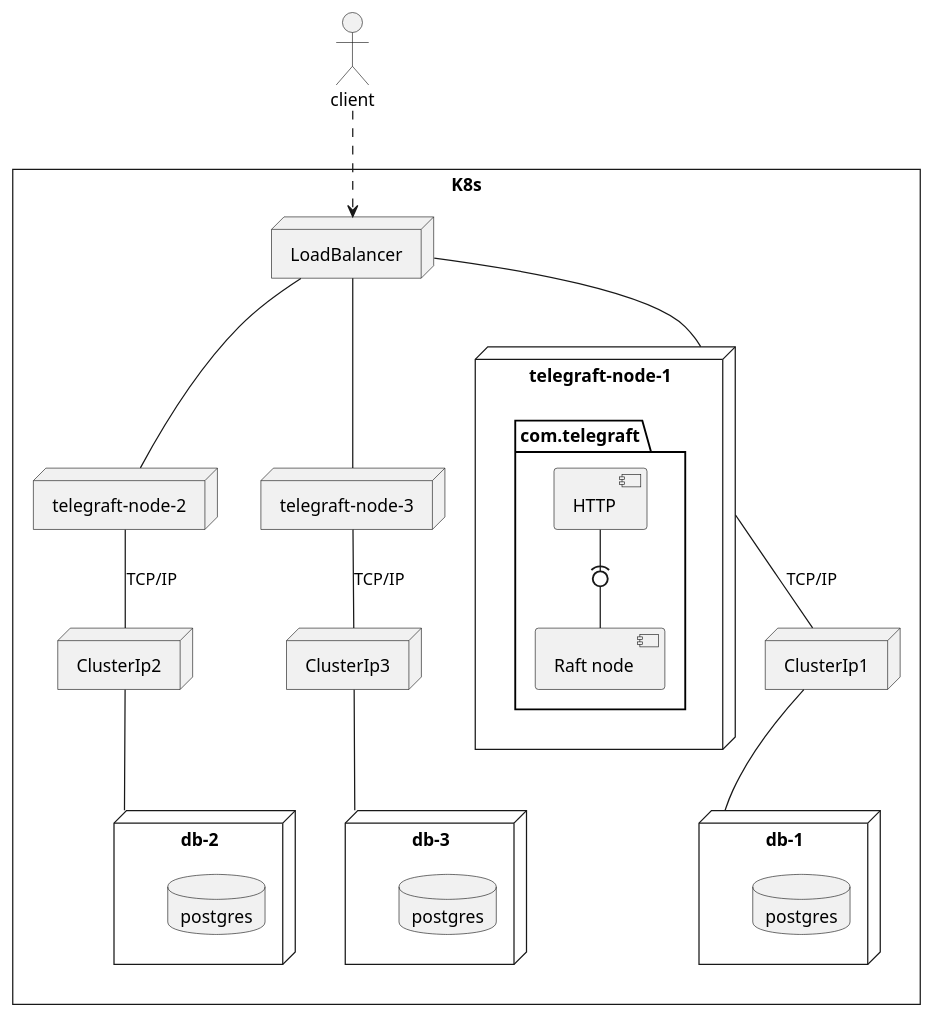
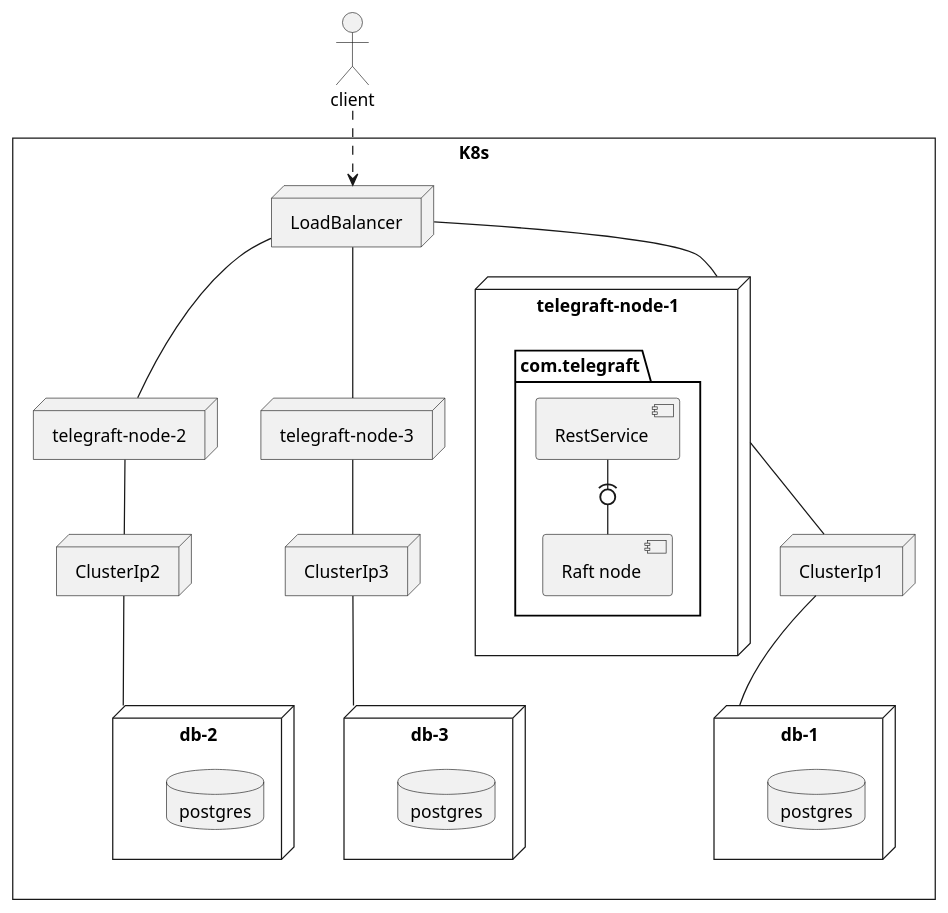
Before and after one commit to strang3nt/Telegraft: the diagram in docs/diagrams/componentDiagrams/kube_cluster.plantuml, drawn with PlantUML. The commit also changed 2 other files, not shown here.

```diff
--- a/docs/diagrams/componentDiagrams/kube_cluster.plantuml
+++ b/docs/diagrams/componentDiagrams/kube_cluster.plantuml
@@ -1,47 +1,47 @@
 @startuml kube_cluster
 
 skinparam style strictuml
 
 actor "client"
 rectangle "K8s" {
 
   node "telegraft-node-1" as tnode1 {
     package "com.telegraft" as pack1 {
-      [HTTP]
+      [RestService]
       [Raft node]
     }
   }
   node "telegraft-node-2" as tnode2
   node "telegraft-node-3" as tnode3
 
   node "db-1" as db1 {
     database "postgres" as ps1
   }
   node "db-2" as db2 {
     database "postgres" as ps2
   }
   node "db-3" as db3 {
     database "postgres" as ps3
   }
 
   node "LoadBalancer"
   node "ClusterIp1"
   node "ClusterIp2"
   node "ClusterIp3"
 }
 
 client ..> LoadBalancer
 LoadBalancer -- tnode1
 LoadBalancer -- tnode2
 LoadBalancer -- tnode3
-[HTTP] -(0- [Raft node]
+[RestService] -(0- [Raft node]
 
-tnode1 -- ClusterIp1 : TCP/IP
-tnode2 -- ClusterIp2 : TCP/IP
-tnode3 -- ClusterIp3 : TCP/IP
+tnode1 -- ClusterIp1
+tnode2 -- ClusterIp2
+tnode3 -- ClusterIp3
 
 ClusterIp1 -- db1
 ClusterIp2 -- db2
 ClusterIp3 -- db3
 
 @enduml
```
